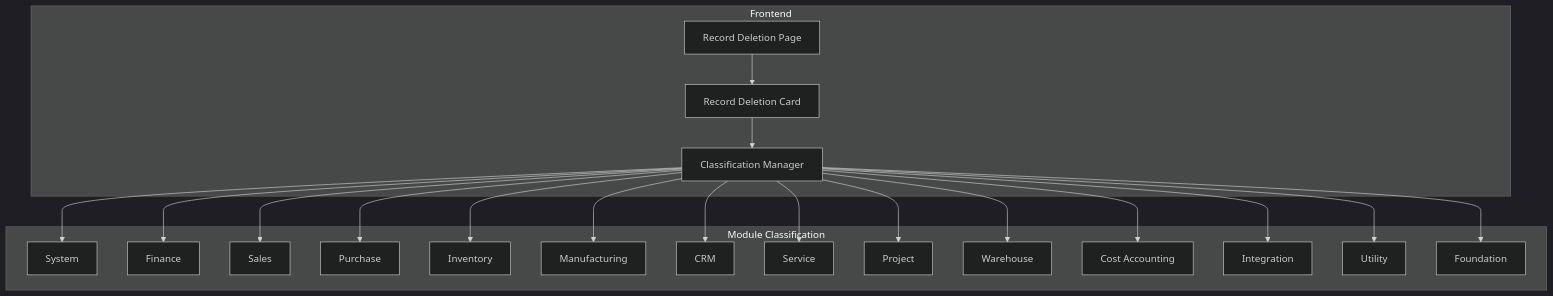
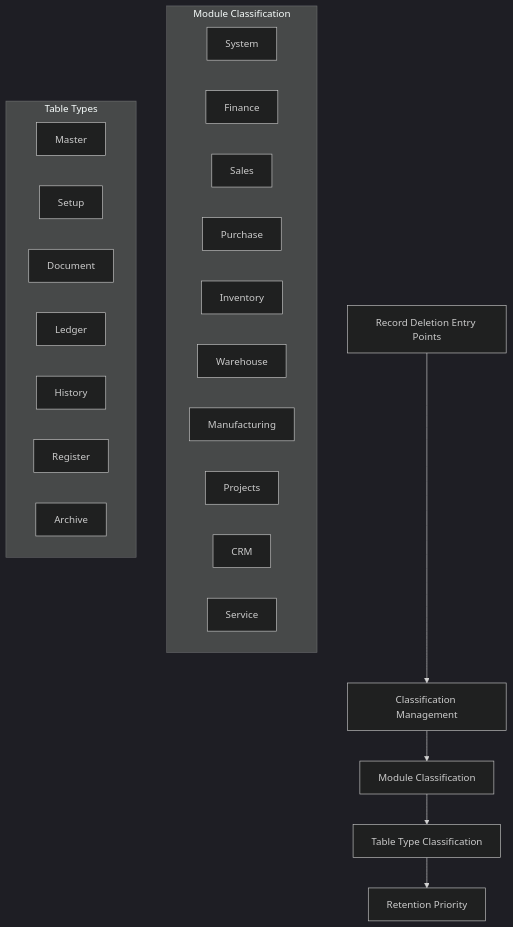
One commit to Goldenvikingsunset/DatadeletionTool changed the first of 10 diagrams in README.md. Above: the diagram before and after it, drawn with Mermaid (dark theme). The commit also changed other lines of this file, not shown here.

````diff
--- a/README.md
+++ b/README.md
@@ -7,24 +7,30 @@
 ```mermaid
-graph TD
-    subgraph Frontend
-        A[Record Deletion Page] --> B[Record Deletion Card]
-        B --> C[Classification Manager]
+graph TB
+    A[Record Deletion Entry Points] --> B[Classification Management]
+    B --> C[Module Classification]
+    C --> D[Table Type Classification]
+    D --> E[Retention Priority]
+    
+    subgraph "Module Classification"
+        M1[System]
+        M2[Finance]
+        M3[Sales]
+        M4[Purchase]
+        M5[Inventory]
+        M6[Warehouse]
+        M7[Manufacturing]
+        M8[Projects]
+        M9[CRM]
+        M10[Service]
     end
-    
-    subgraph Module Classification
-        C --> D[System]
-        C --> E[Finance]
-        C --> F[Sales]
-        C --> G[Purchase]
-        C --> H[Inventory]
-        C --> I[Manufacturing]
-        C --> J[CRM]
-        C --> K[Service]
-        C --> L[Project]
-        C --> M[Warehouse]
-        C --> N[Cost Accounting]
-        C --> O[Integration]
-        C --> P[Utility]
-        C --> Q[Foundation]
+
+    subgraph "Table Types"
+        T1[Master]
+        T2[Setup]
+        T3[Document]
+        T4[Ledger]
+        T5[History]
+        T6[Register]
+        T7[Archive]
     end
 ```
````
